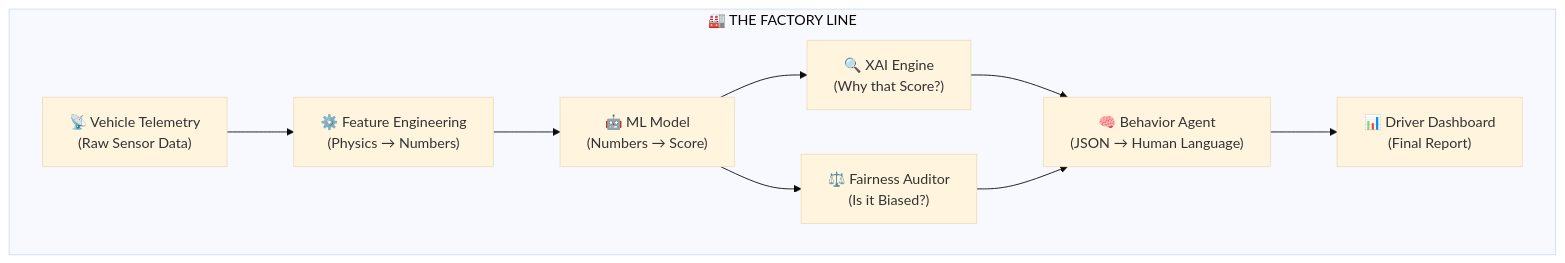
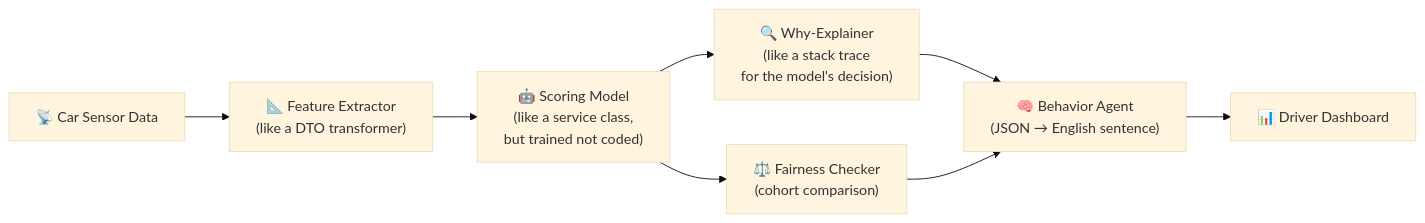
Before and after one commit to Project-Be-Better/learning-ml: the first of 16 diagrams in docs/ml_pipeline_guide.md, drawn with Mermaid (base theme). The commit also changed other lines of this file, not shown here.

````diff
--- a/docs/ml_pipeline_guide.md
+++ b/docs/ml_pipeline_guide.md
@@ -12,13 +16,10 @@
 ```mermaid
 flowchart LR
-    subgraph "🏭 THE FACTORY LINE"
-        direction LR
-        A["📡 Vehicle Telemetry\n(Raw Sensor Data)"] --> B["⚙️ Feature Engineering\n(Physics → Numbers)"]
-        B --> C["🤖 ML Model\n(Numbers → Score)"]
-        C --> D["🔍 XAI Engine\n(Why that Score?)"]
-        C --> E["⚖️ Fairness Auditor\n(Is it Biased?)"]
-        D --> F["🧠 Behavior Agent\n(JSON → Human Language)"]
-        E --> F
-        F --> G["📊 Driver Dashboard\n(Final Report)"]
-    end
+    A["📡 Car Sensor Data"] --> B["📐 Feature Extractor\n(like a DTO transformer)"]
+    B --> C["🤖 Scoring Model\n(like a service class,\nbut trained not coded)"]
+    C --> D["🔍 Why-Explainer\n(like a stack trace\nfor the model's decision)"]
+    C --> E["⚖️ Fairness Checker\n(cohort comparison)"]
+    D --> F["🧠 Behavior Agent\n(JSON → English sentence)"]
+    E --> F
+    F --> G["📊 Driver Dashboard"]
 ```
````
